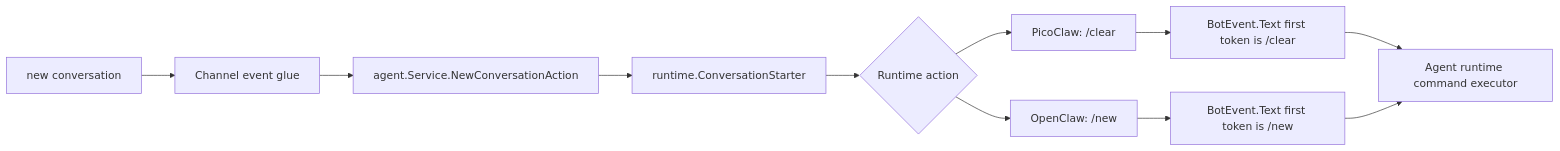
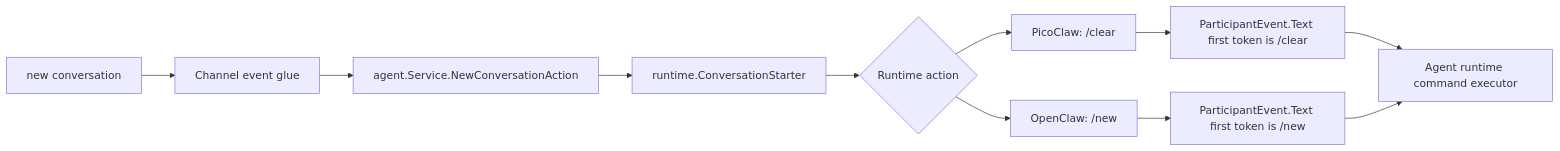
One commit to jialudev/csgclaw changed the second of 3 diagrams in docs/im/im-chat-agent-history-cleanup.en.md. Above: the diagram before and after it, drawn with Mermaid. The commit also changed other lines of this file and 213 other files, not shown here.

````diff
--- a/docs/im/im-chat-agent-history-cleanup.en.md
+++ b/docs/im/im-chat-agent-history-cleanup.en.md
@@ -259,13 +259,13 @@
 ```mermaid
 flowchart LR
   Canonical["new conversation"] --> Glue["Channel event glue"]
   Glue --> AgentSvc["agent.Service.NewConversationAction"]
   AgentSvc --> Capability["runtime.ConversationStarter"]
   Capability --> Native{"Runtime action"}
   Native --> PicoCmd["PicoClaw: /clear"]
   Native --> OpenCmd["OpenClaw: /new"]
-  PicoCmd --> BotEvent["BotEvent.Text first token is /clear"]
-  OpenCmd --> OpenBotEvent["BotEvent.Text first token is /new"]
-  BotEvent --> Executor["Agent runtime command executor"]
-  OpenBotEvent --> Executor
+  PicoCmd --> ParticipantEvent["ParticipantEvent.Text first token is /clear"]
+  OpenCmd --> OpenParticipantEvent["ParticipantEvent.Text first token is /new"]
+  ParticipantEvent --> Executor["Agent runtime command executor"]
+  OpenParticipantEvent --> Executor
 ```
````
